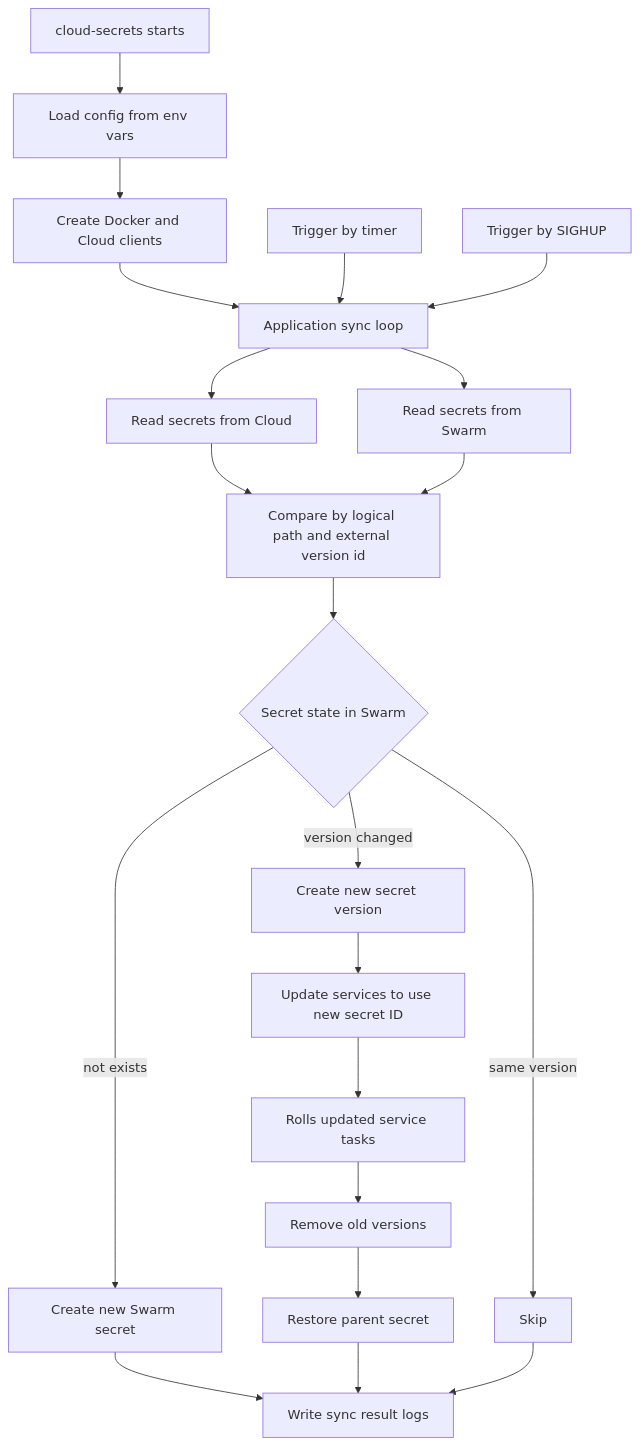
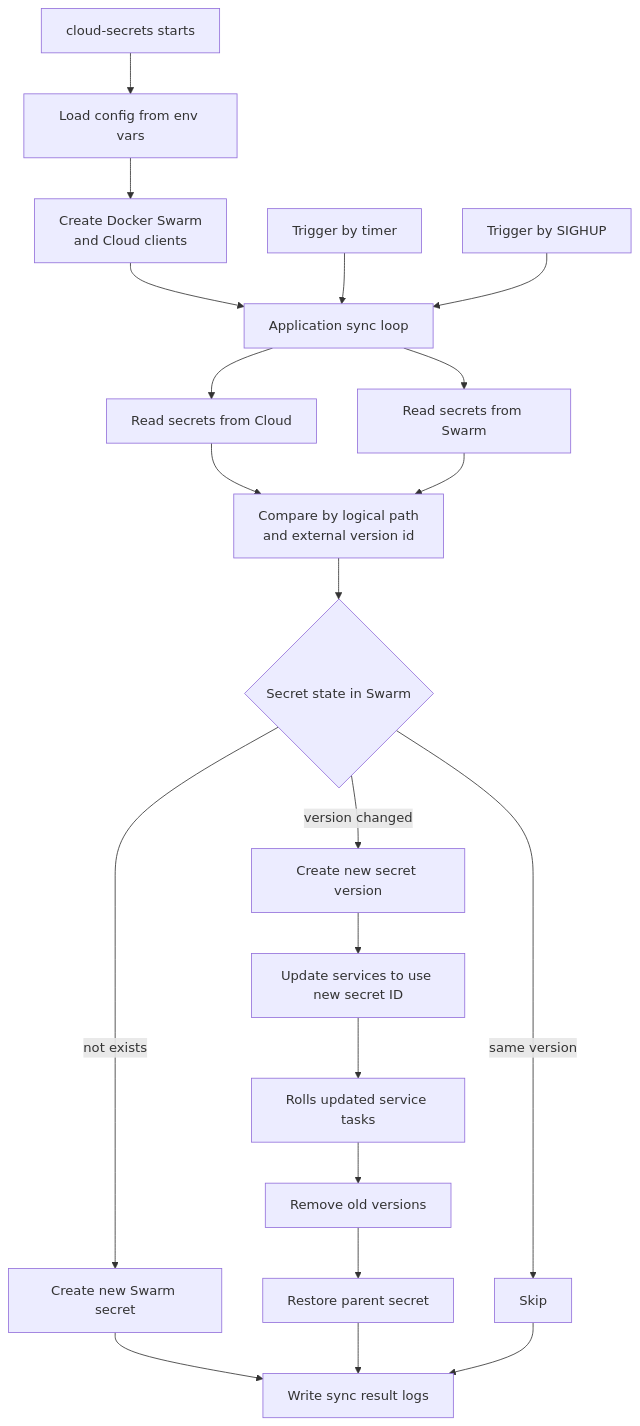
Before and after one commit to swarm-deploy/cloud-secrets: the diagram in README.md, drawn with Mermaid.

Commit message:
docs: use quoted strings to show full string

````diff
--- a/README.md
+++ b/README.md
@@ -10,28 +10,28 @@
 ```mermaid
 flowchart TD
     A[cloud-secrets starts] --> B[Load config from env vars]
-    B --> C[Create Docker and Cloud clients]
+    B --> C["Create Docker Swarm<br/>and Cloud clients"]
     C --> E[Application sync loop]
 
     F[Trigger by timer] --> E
     Q[Trigger by SIGHUP] --> E
 
     E --> G[Read secrets from Cloud]
     E --> H[Read secrets from Swarm]
-    G --> I[Compare by logical path and external version id]
+    G --> I["Compare by logical path<br/>and external version id"]
     H --> I
 
     I --> J{Secret state in Swarm}
     J -->|not exists| K[Create new Swarm secret]
     J -->|version changed| L[Create new secret version]
     J -->|same version| M[Skip]
 
-    L --> N[Update services to use new secret ID]
+    L --> N["Update services to use new secret ID"]
     N --> R[Rolls updated service tasks]
     R --> O[Remove old versions]
     O --> S[Restore parent secret]
 
     K --> P[Write sync result logs]
     S --> P
     M --> P
 ```
````
